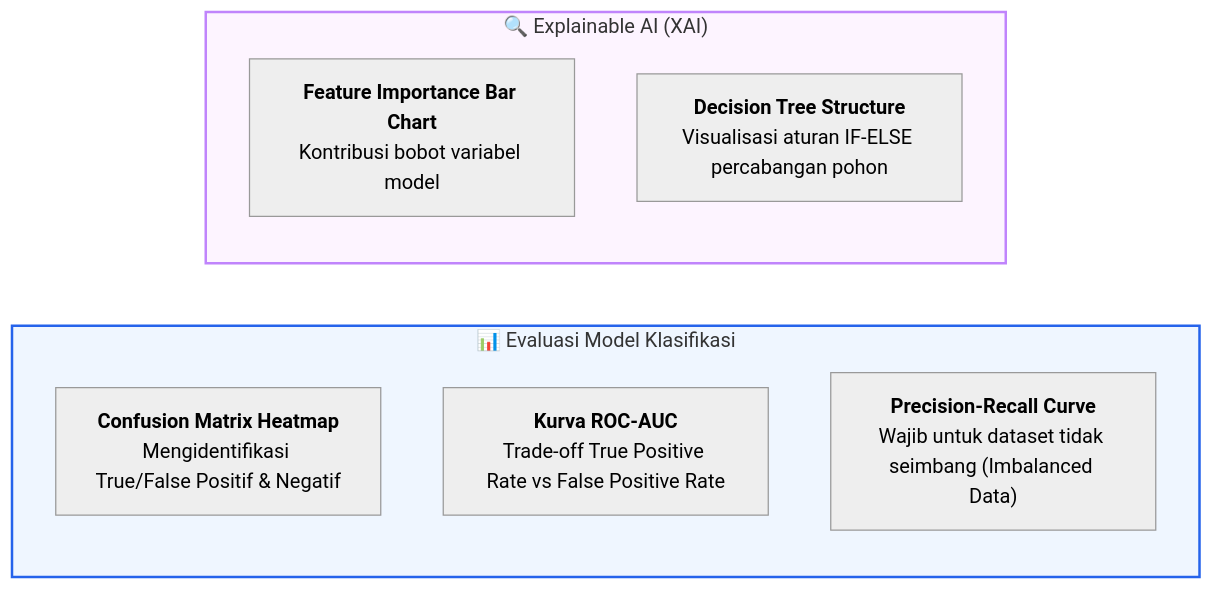
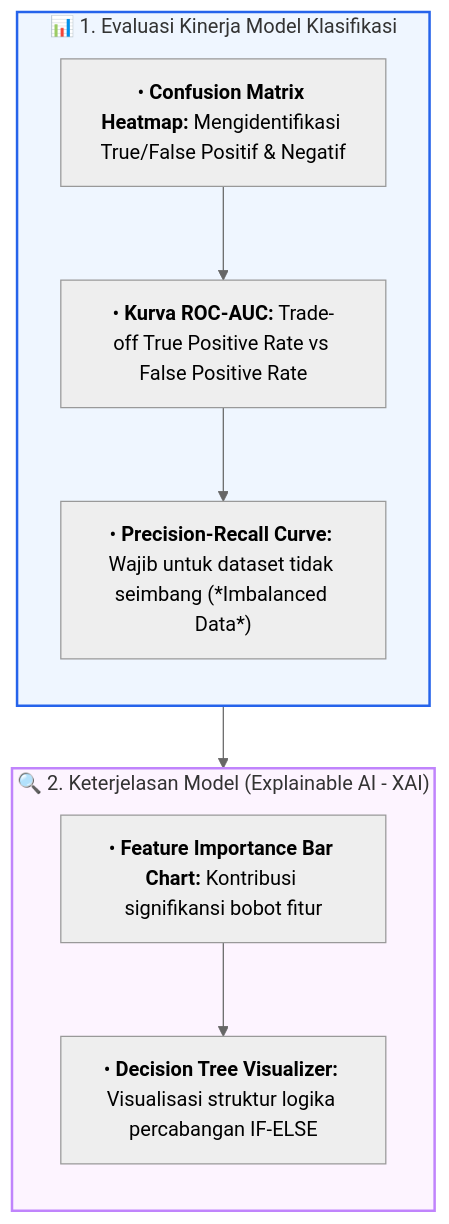
The second of 2 diagrams in docs/visualisasi-data/12-visualisasi-ai-machine-learning.md (mahendaruui/Perkuliahan), drawn with Mermaid (neutral theme) before and after one commit. The commit also changed other lines of this file and 15 other files, not shown here.

Commit message:
refactor: update and standardize mermaid diagrams across all documentation modules

````diff
--- a/docs/visualisasi-data/12-visualisasi-ai-machine-learning.md
+++ b/docs/visualisasi-data/12-visualisasi-ai-machine-learning.md
@@ -34,18 +30,20 @@
 ```mermaid
-flowchart LR
-    subgraph Klasifikasi["📊 Evaluasi Model Klasifikasi"]
+flowchart TD
+    subgraph Klasifikasi["📊 1. Evaluasi Kinerja Model Klasifikasi"]
         direction TB
-        C1["<b>Confusion Matrix Heatmap</b><br>Mengidentifikasi True/False Positif & Negatif"]
-        C2["<b>Kurva ROC-AUC</b><br>Trade-off True Positive Rate vs False Positive Rate"]
-        C3["<b>Precision-Recall Curve</b><br>Wajib untuk dataset tidak seimbang (Imbalanced Data)"]
+        C1["• <b>Confusion Matrix Heatmap:</b> Mengidentifikasi True/False Positif & Negatif"]
+        --> C2["• <b>Kurva ROC-AUC:</b> Trade-off True Positive Rate vs False Positive Rate"]
+        --> C3["• <b>Precision-Recall Curve:</b> Wajib untuk dataset tidak seimbang (*Imbalanced Data*)"]
     end
 
-    subgraph Interpretasi["🔍 Explainable AI (XAI)"]
+    subgraph Interpretasi["🔍 2. Keterjelasan Model (Explainable AI - XAI)"]
         direction TB
-        X1["<b>Feature Importance Bar Chart</b><br>Kontribusi bobot variabel model"]
-        X2["<b>Decision Tree Structure</b><br>Visualisasi aturan IF-ELSE percabangan pohon"]
+        X1["• <b>Feature Importance Bar Chart:</b> Kontribusi signifikansi bobot fitur"]
+        --> X2["• <b>Decision Tree Visualizer:</b> Visualisasi struktur logika percabangan IF-ELSE"]
     end
+
+    Klasifikasi --> Interpretasi
 
     style Klasifikasi fill:#eff6ff,stroke:#2563eb,stroke-width:2px
     style Interpretasi fill:#fdf4ff,stroke:#c084fc,stroke-width:2px
 ```
````
